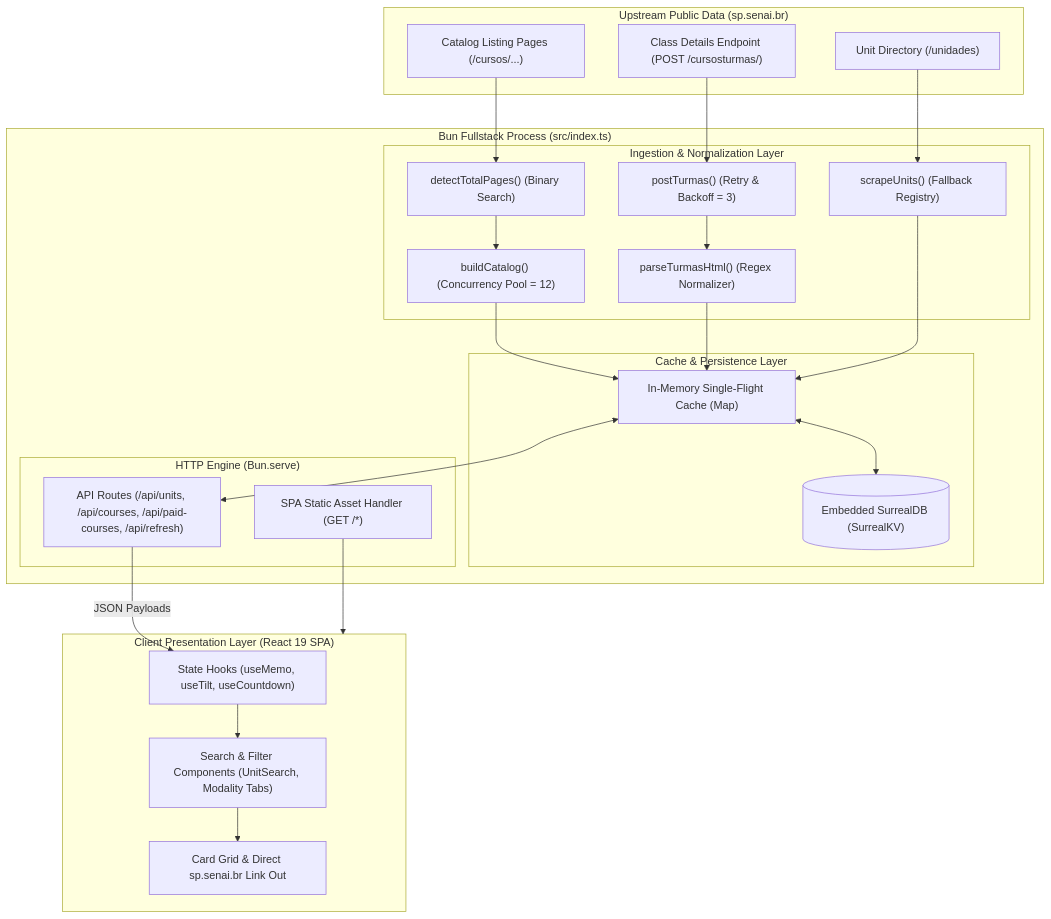
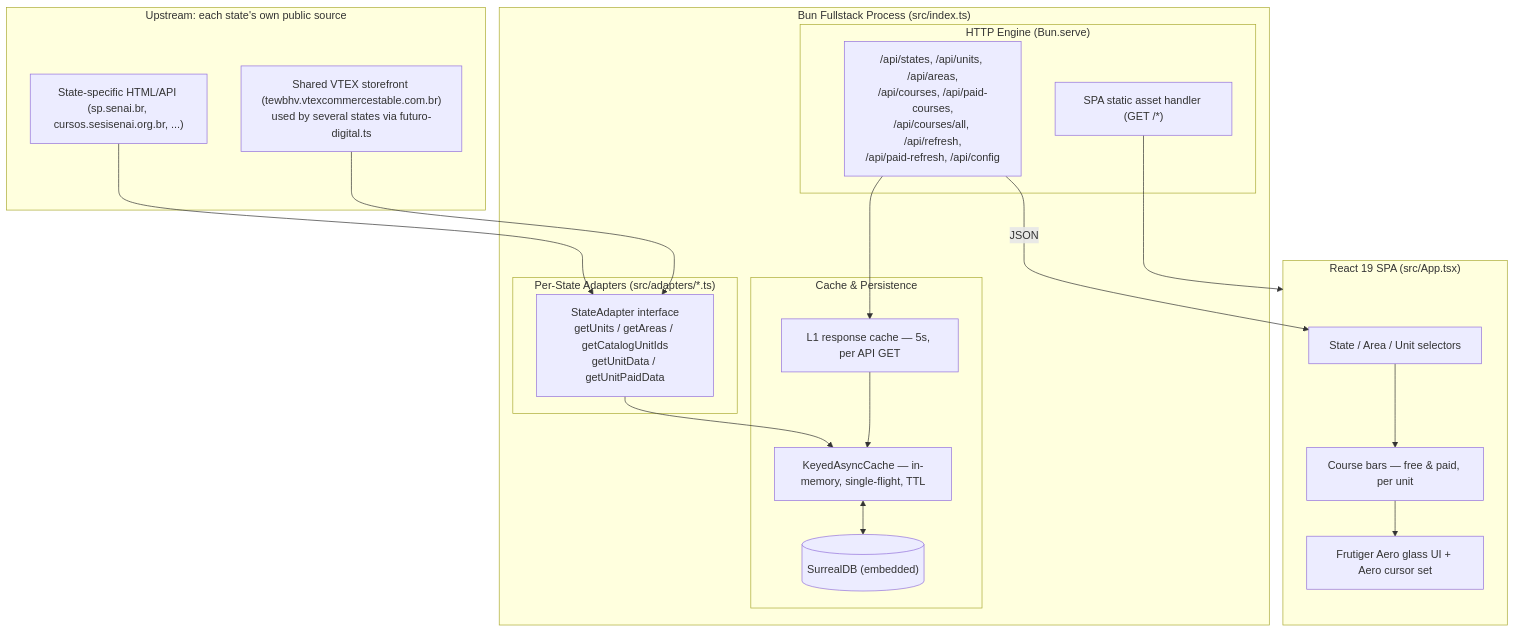
Before and after one commit to ariel-aram/senai-cursos: the diagram in README.md, drawn with Mermaid. The commit also changed other lines of this file and 136 other files, not shown here.

````diff
--- a/README.md
+++ b/README.md
@@ -80,44 +57,39 @@
 ```mermaid
 flowchart TD
-    subgraph Upstream ["Upstream Public Data (sp.senai.br)"]
-        A["Catalog Listing Pages (/cursos/...)"]
-        B["Class Details Endpoint (POST /cursosturmas/)"]
-        C["Unit Directory (/unidades)"]
+    subgraph Upstream ["Upstream: each state's own public source"]
+        A["State-specific HTML/API (sp.senai.br, cursos.sesisenai.org.br, ...)"]
+        B["Shared VTEX storefront (tewbhv.vtexcommercestable.com.br)\nused by several states via futuro-digital.ts"]
     end
 
     subgraph Server ["Bun Fullstack Process (src/index.ts)"]
-        subgraph Ingestion ["Ingestion & Normalization Layer"]
-            D["detectTotalPages() (Binary Search)"]
-            E["buildCatalog() (Concurrency Pool = 12)"]
-            F["postTurmas() (Retry & Backoff = 3)"]
-            G["parseTurmasHtml() (Regex Normalizer)"]
-            H["scrapeUnits() (Fallback Registry)"]
+        subgraph Adapters ["Per-State Adapters (src/adapters/*.ts)"]
+            C["StateAdapter interface\ngetUnits / getAreas / getCatalogUnitIds\ngetUnitData / getUnitPaidData"]
         end
 
-        subgraph Storage ["Cache & Persistence Layer"]
-            I["In-Memory Single-Flight Cache (Map)"]
-            J[("Embedded SurrealDB (SurrealKV)")]
+        subgraph Storage ["Cache & Persistence"]
+            D["KeyedAsyncCache — in-memory, single-flight, TTL"]
+            E[("SurrealDB (embedded)")]
+            F["L1 response cache — 5s, per API GET"]
         end
 
         subgraph Transport ["HTTP Engine (Bun.serve)"]
-            K["API Routes (/api/units, /api/courses, /api/paid-courses, /api/refresh)"]
-            L["SPA Static Asset Handler (GET /*)"]
+            G["/api/states, /api/units, /api/areas,\n/api/courses, /api/paid-courses,\n/api/courses/all, /api/refresh,\n/api/paid-refresh, /api/config"]
+            H["SPA static asset handler (GET /*)"]
         end
     end
 
-    subgraph Client ["Client Presentation Layer (React 19 SPA)"]
-        M["State Hooks (useMemo, useTilt, useCountdown)"]
-        N["Search & Filter Components (UnitSearch, Modality Tabs)"]
-        O["Card Grid & Direct sp.senai.br Link Out"]
+    subgraph Client ["React 19 SPA (src/App.tsx)"]
+        I["State / Area / Unit selectors"]
+        J["Course bars — free & paid, per unit"]
+        K["Frutiger Aero glass UI + Aero cursor set"]
     end
 
-    A --> D --> E
-    B --> F --> G
-    C --> H
-    E & G & H --> I
-    I <--> J
-    I <--> K
-    L --> Client
-    K -->|JSON Payloads| M
-    M --> N --> O
+    A --> C
+    B --> C
+    C --> D
+    D <--> E
+    G --> F --> D
+    H --> Client
+    G -->|JSON| I
+    I --> J --> K
 ```
````
